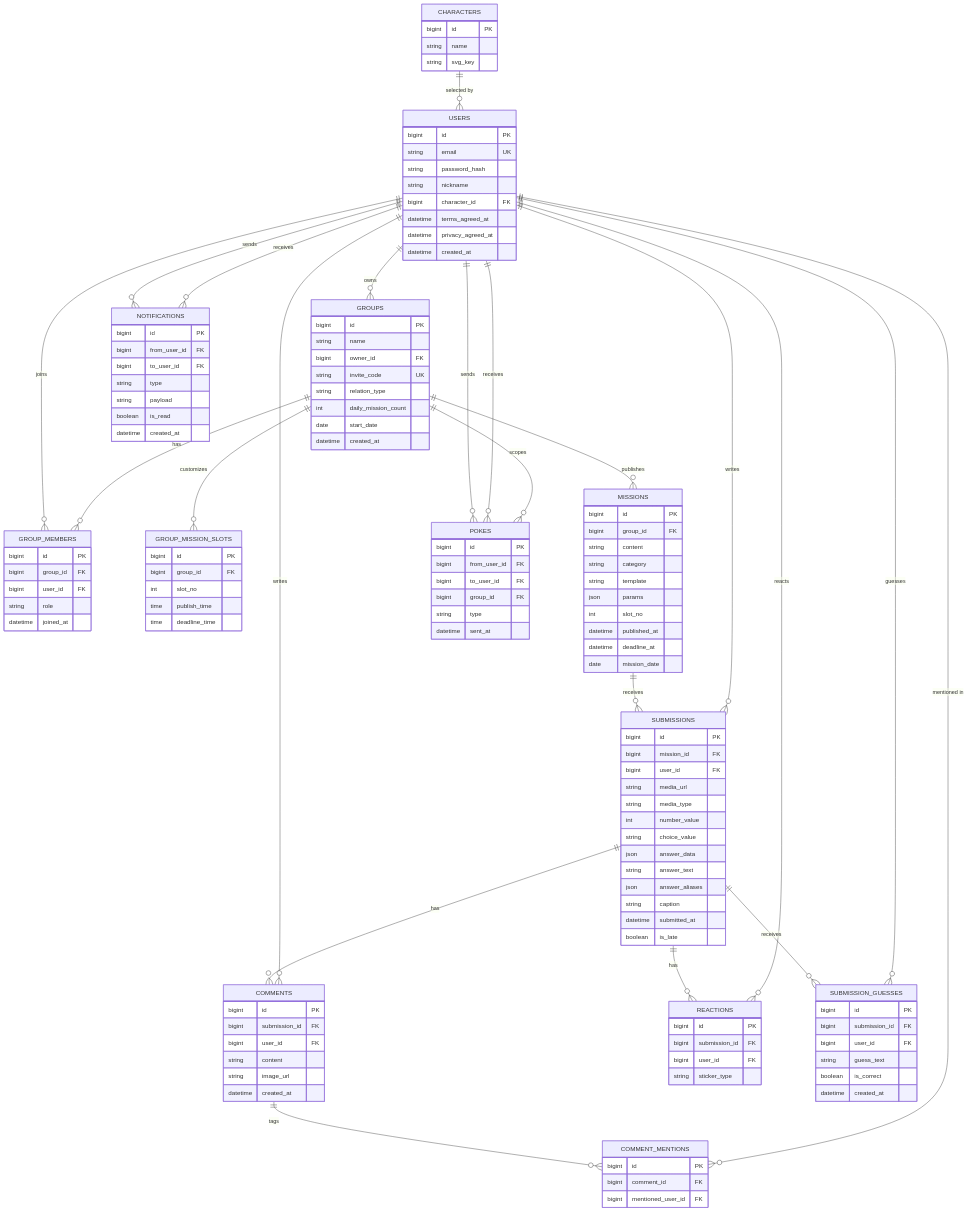
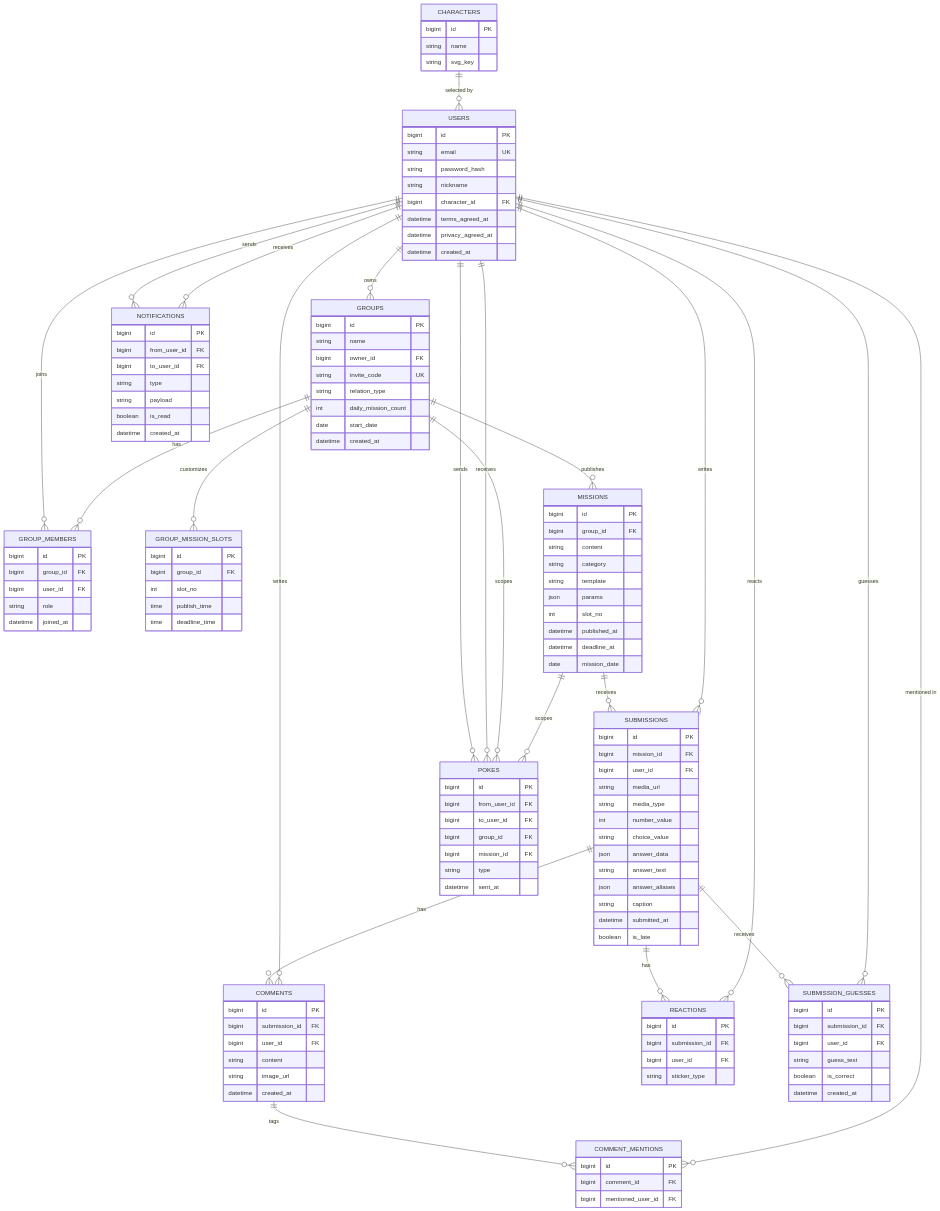
Before and after one commit to Maenghansoo1/Sapphire: the diagram in docs/BACKEND/BACKEND_DB.md, drawn with Mermaid. The commit also changed other lines of this file and 50 other files, not shown here.

```diff
--- a/docs/BACKEND/BACKEND_DB.md
+++ b/docs/BACKEND/BACKEND_DB.md
@@ -29,6 +29,7 @@
   USERS ||--o{ POKES : sends
   USERS ||--o{ POKES : receives
   GROUPS ||--o{ POKES : scopes
+  MISSIONS ||--o{ POKES : scopes
   USERS ||--o{ NOTIFICATIONS : sends
   USERS ||--o{ NOTIFICATIONS : receives
 
@@ -125,6 +126,7 @@
     bigint from_user_id FK
     bigint to_user_id FK
     bigint group_id FK
+    bigint mission_id FK
     string type
     datetime sent_at
   }
```
